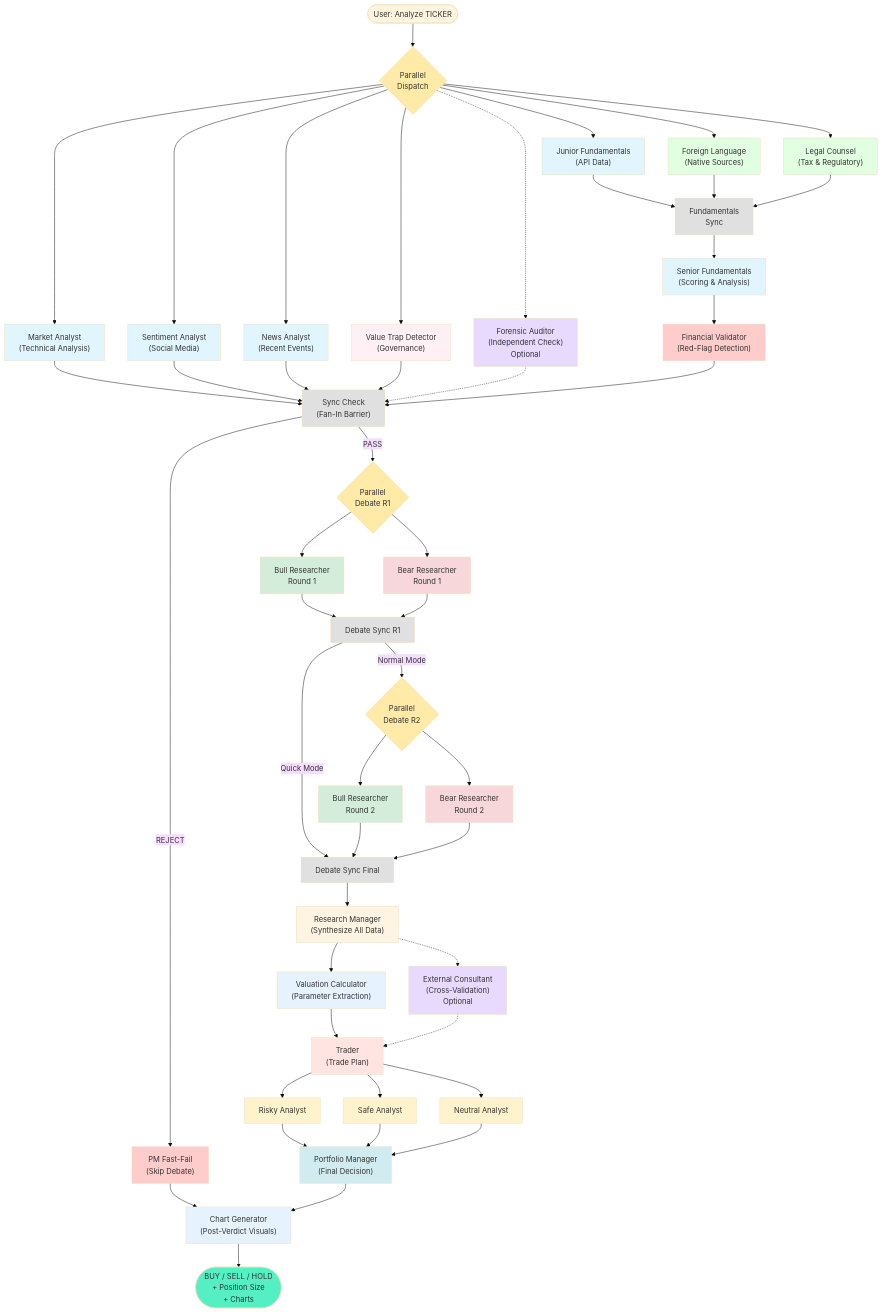
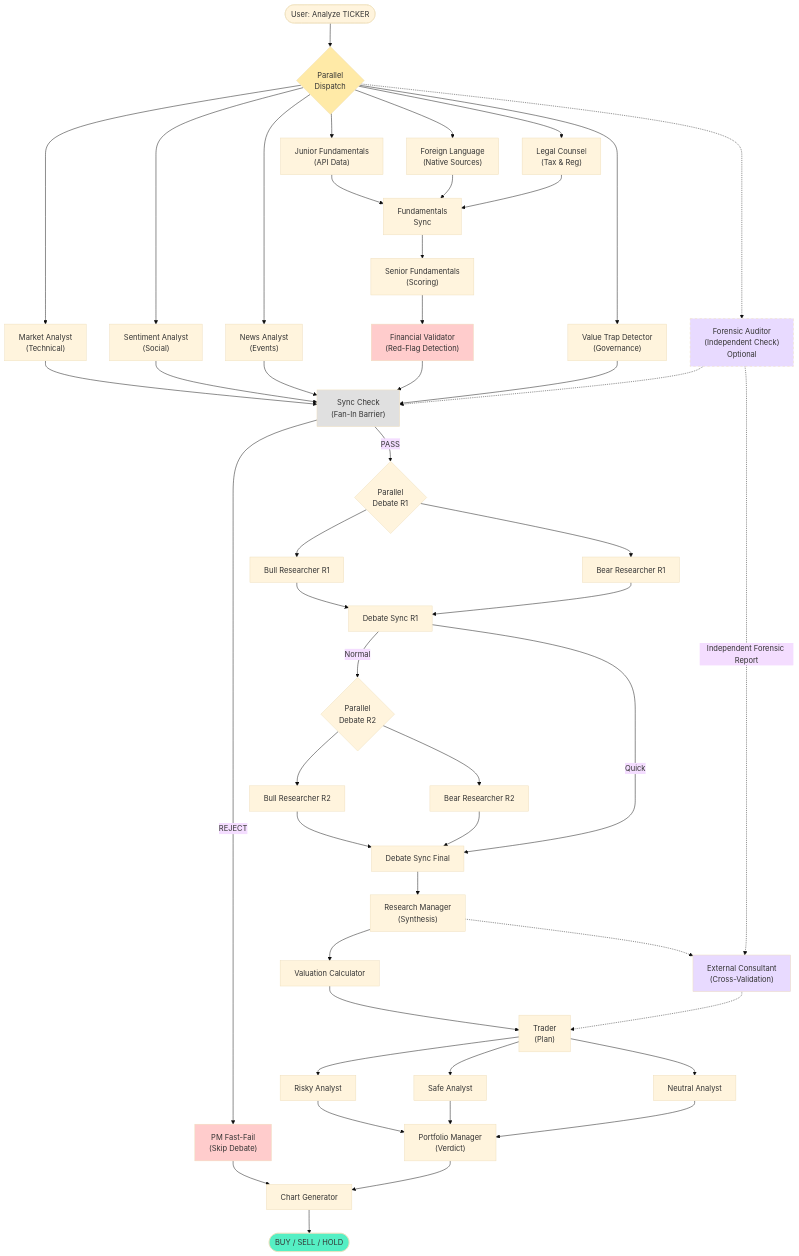
The diagram in README.md (rgoerwit/ai-investment-agent), drawn with Mermaid (base theme) before and after one commit. The commit also changed other lines of this file and 49 other files, not shown here.

````diff
--- a/README.md
+++ b/README.md
@@ -43,105 +43,82 @@
 graph TB
     Start(["User: Analyze TICKER"]) --> Dispatcher{"Parallel<br/>Dispatch"}
 
-    %% Parallel Fan-Out: 7 branches run simultaneously (+ optional Auditor)
-    Dispatcher --> MarketAnalyst["Market Analyst<br/>(Technical Analysis)"]
-    Dispatcher --> SentimentAnalyst["Sentiment Analyst<br/>(Social Media)"]
-    Dispatcher --> NewsAnalyst["News Analyst<br/>(Recent Events)"]
+    %% Parallel Fan-Out
+    Dispatcher --> MarketAnalyst["Market Analyst<br/>(Technical)"]
+    Dispatcher --> SentimentAnalyst["Sentiment Analyst<br/>(Social)"]
+    Dispatcher --> NewsAnalyst["News Analyst<br/>(Events)"]
     Dispatcher --> JuniorFund["Junior Fundamentals<br/>(API Data)"]
     Dispatcher --> ForeignLang["Foreign Language<br/>(Native Sources)"]
-    Dispatcher --> LegalCounsel["Legal Counsel<br/>(Tax & Regulatory)"]
+    Dispatcher --> LegalCounsel["Legal Counsel<br/>(Tax & Reg)"]
     Dispatcher --> ValueTrap["Value Trap Detector<br/>(Governance)"]
+    
+    %% THE INDEPENDENT CHANNEL
     Dispatcher -.-> Auditor["Forensic Auditor<br/>(Independent Check)<br/>Optional"]
 
-    %% Market/Sentiment/News/ValueTrap go directly to main Sync Check
     MarketAnalyst --> SyncCheck["Sync Check<br/>(Fan-In Barrier)"]
     SentimentAnalyst --> SyncCheck
     NewsAnalyst --> SyncCheck
     ValueTrap --> SyncCheck
     Auditor -.-> SyncCheck
 
-    %% Fundamentals sub-graph: Junior + Foreign + Legal sync first
+    %% Fundamentals sub-graph
     JuniorFund --> FundSync["Fundamentals<br/>Sync"]
     ForeignLang --> FundSync
     LegalCounsel --> FundSync
-    FundSync --> SeniorFund["Senior Fundamentals<br/>(Scoring & Analysis)"]
+    FundSync --> SeniorFund["Senior Fundamentals<br/>(Scoring)"]
     SeniorFund --> Validator["Financial Validator<br/>(Red-Flag Detection)"]
     Validator --> SyncCheck
 
-    %% After all branches complete - routing based on pre-screening
+    %% Decision Logic
     SyncCheck -->|"REJECT"| PMFastFail["PM Fast-Fail<br/>(Skip Debate)"]
     SyncCheck -->|"PASS"| DebateR1{"Parallel<br/>Debate R1"}
 
-    %% Bull/Bear Debate - Round 1 (parallel)
-    DebateR1 --> BullR1["Bull Researcher<br/>Round 1"]
-    DebateR1 --> BearR1["Bear Researcher<br/>Round 1"]
+    %% Bull/Bear Debate
+    DebateR1 --> BullR1["Bull Researcher R1"]
+    DebateR1 --> BearR1["Bear Researcher R1"]
     BullR1 --> DebateSyncR1["Debate Sync R1"]
     BearR1 --> DebateSyncR1
 
-    %% Round 2 (if normal mode) or skip to final
-    DebateSyncR1 -->|"Normal Mode"| DebateR2{"Parallel<br/>Debate R2"}
-    DebateSyncR1 -->|"Quick Mode"| DebateSyncFinal["Debate Sync Final"]
+    DebateSyncR1 -->|"Normal"| DebateR2{"Parallel<br/>Debate R2"}
+    DebateSyncR1 -->|"Quick"| DebateSyncFinal["Debate Sync Final"]
 
-    DebateR2 --> BullR2["Bull Researcher<br/>Round 2"]
-    DebateR2 --> BearR2["Bear Researcher<br/>Round 2"]
+    DebateR2 --> BullR2["Bull Researcher R2"]
+    DebateR2 --> BearR2["Bear Researcher R2"]
     BullR2 --> DebateSyncFinal
     BearR2 --> DebateSyncFinal
 
-    DebateSyncFinal --> ResearchManager["Research Manager<br/>(Synthesize All Data)"]
+    DebateSyncFinal --> ResearchManager["Research Manager<br/>(Synthesis)"]
 
-    %% Post-Research Manager: ValCalc and Consultant run in parallel, BOTH go to Trader
-    ResearchManager --> ValuationCalc["Valuation Calculator<br/>(Parameter Extraction)"]
-    ResearchManager -.-> Consultant["External Consultant<br/>(Cross-Validation)<br/>Optional"]
+    %% INDEPENDENT CHANNEL CROSS-VALIDATION
+    ResearchManager --> ValuationCalc["Valuation Calculator"]
+    ResearchManager -.-> Consultant["External Consultant<br/>(Cross-Validation)"]
+    
+    %% Visualizing the Independent Data Injection
+    Auditor -.->|Independent Forensic Report| Consultant
 
-    ValuationCalc --> Trader["Trader<br/>(Trade Plan)"]
+    ValuationCalc --> Trader["Trader<br/>(Plan)"]
     Consultant -.-> Trader
 
-    %% Risk Team (parallel fan-out, converge to PM)
+    %% Risk Team
     Trader --> RiskyAnalyst["Risky Analyst"]
     Trader --> SafeAnalyst["Safe Analyst"]
     Trader --> NeutralAnalyst["Neutral Analyst"]
 
-    RiskyAnalyst --> PortfolioManager["Portfolio Manager<br/>(Final Decision)"]
+    RiskyAnalyst --> PortfolioManager["Portfolio Manager<br/>(Verdict)"]
     SafeAnalyst --> PortfolioManager
     NeutralAnalyst --> PortfolioManager
 
-    %% Fast-fail path also goes through Chart Generator
-    PMFastFail --> ChartGen["Chart Generator<br/>(Post-Verdict Visuals)"]
+    PMFastFail --> ChartGen["Chart Generator"]
     PortfolioManager --> ChartGen
 
-    ChartGen --> Decision(["BUY / SELL / HOLD<br/>+ Position Size<br/>+ Charts"])
+    ChartGen --> Decision(["BUY / SELL / HOLD"])
 
     %% Styling
     style Dispatcher fill:#ffeaa7,color:#333
-    style MarketAnalyst fill:#e1f5ff,color:#333
-    style NewsAnalyst fill:#e1f5ff,color:#333
-    style SentimentAnalyst fill:#e1f5ff,color:#333
-    style JuniorFund fill:#e1f5ff,color:#333
-    style ForeignLang fill:#e1ffe1,color:#333
-    style LegalCounsel fill:#e1ffe1,color:#333
-    style FundSync fill:#e0e0e0,color:#333
-    style SeniorFund fill:#e1f5ff,color:#333
+    style SyncCheck fill:#e0e0e0,color:#333
     style Validator fill:#ffcccc,color:#333
-    style SyncCheck fill:#e0e0e0,color:#333
-    style DebateR1 fill:#ffeaa7,color:#333
-    style DebateR2 fill:#ffeaa7,color:#333
-    style DebateSyncR1 fill:#e0e0e0,color:#333
-    style DebateSyncFinal fill:#e0e0e0,color:#333
-    style ResearchManager fill:#fff4e1,color:#333
-    style BullR1 fill:#d4edda,color:#333
-    style BearR1 fill:#f8d7da,color:#333
-    style BullR2 fill:#d4edda,color:#333
-    style BearR2 fill:#f8d7da,color:#333
-    style ValuationCalc fill:#e6f3ff,color:#333
     style Consultant fill:#e8daff,color:#333
-    style Auditor fill:#e8daff,color:#333
-    style ValueTrap fill:#fff0f5,color:#333
-    style Trader fill:#ffe4e1,color:#333
-    style RiskyAnalyst fill:#fff3cd,color:#333
-    style SafeAnalyst fill:#fff3cd,color:#333
-    style NeutralAnalyst fill:#fff3cd,color:#333
-    style PortfolioManager fill:#d1ecf1,color:#333
+    style Auditor fill:#e8daff,color:#333,stroke-dasharray: 5 5
     style PMFastFail fill:#ffcccc,color:#333
-    style ChartGen fill:#e6f3ff,color:#333
     style Decision fill:#55efc4,color:#333
 ```
````
